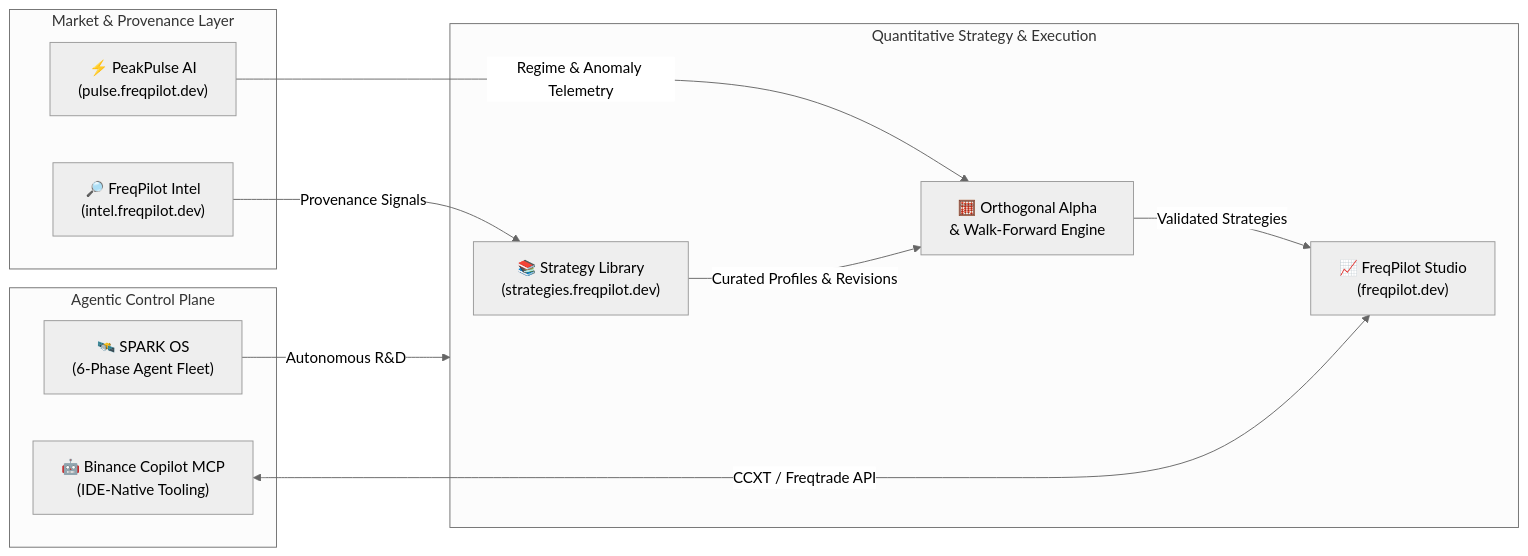
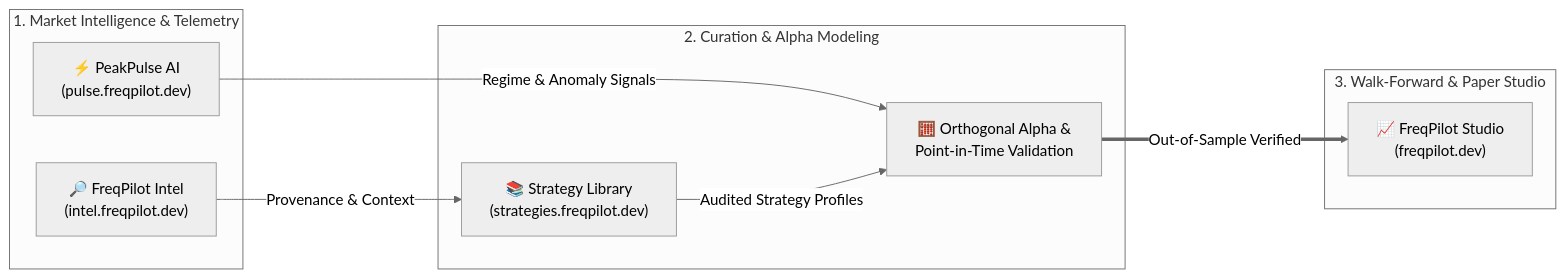
Before and after one commit to mrcanlaco/mrcanlaco: the diagram in README.md, drawn with Mermaid (neutral theme). The commit also changed other lines of this file and 1 other file, not shown here.

Commit message:
feat: focus profile exclusively on 4-pillar FreqPilot quantitative ecosystem

````diff
--- a/README.md
+++ b/README.md
@@ -42,25 +40,21 @@
 ```mermaid
 flowchart LR
-    subgraph Data["Market & Provenance Layer"]
+    subgraph Data["1. Market Intelligence & Telemetry"]
         Intel["🔎 FreqPilot Intel\n(intel.freqpilot.dev)"]
         Pulse["⚡ PeakPulse AI\n(pulse.freqpilot.dev)"]
     end
 
-    subgraph Core["Quantitative Strategy & Execution"]
+    subgraph Alpha["2. Curation & Alpha Modeling"]
         StratLib["📚 Strategy Library\n(strategies.freqpilot.dev)"]
-        Alpha["🧮 Orthogonal Alpha\n& Walk-Forward Engine"]
+        Engine["🧮 Orthogonal Alpha &\nPoint-in-Time Validation"]
+    end
+
+    subgraph Exec["3. Walk-Forward & Paper Studio"]
         Studio["📈 FreqPilot Studio\n(freqpilot.dev)"]
     end
 
-    subgraph Agentic["Agentic Control Plane"]
-        MCP["🤖 Binance Copilot MCP\n(IDE-Native Tooling)"]
-        Spark["🛰️ SPARK OS\n(6-Phase Agent Fleet)"]
-    end
-
-    Intel -->|Provenance Signals| StratLib
-    Pulse -->|Regime & Anomaly Telemetry| Alpha
-    StratLib -->|Curated Profiles & Revisions| Alpha
-    Alpha -->|Validated Strategies| Studio
-    MCP <-->|CCXT / Freqtrade API| Studio
-    Spark -->|Autonomous R&D| Core
+    Intel -->|Provenance & Context| StratLib
+    Pulse -->|Regime & Anomaly Signals| Engine
+    StratLib -->|Audited Strategy Profiles| Engine
+    Engine ==>|Out-of-Sample Verified| Studio
 ```
````
